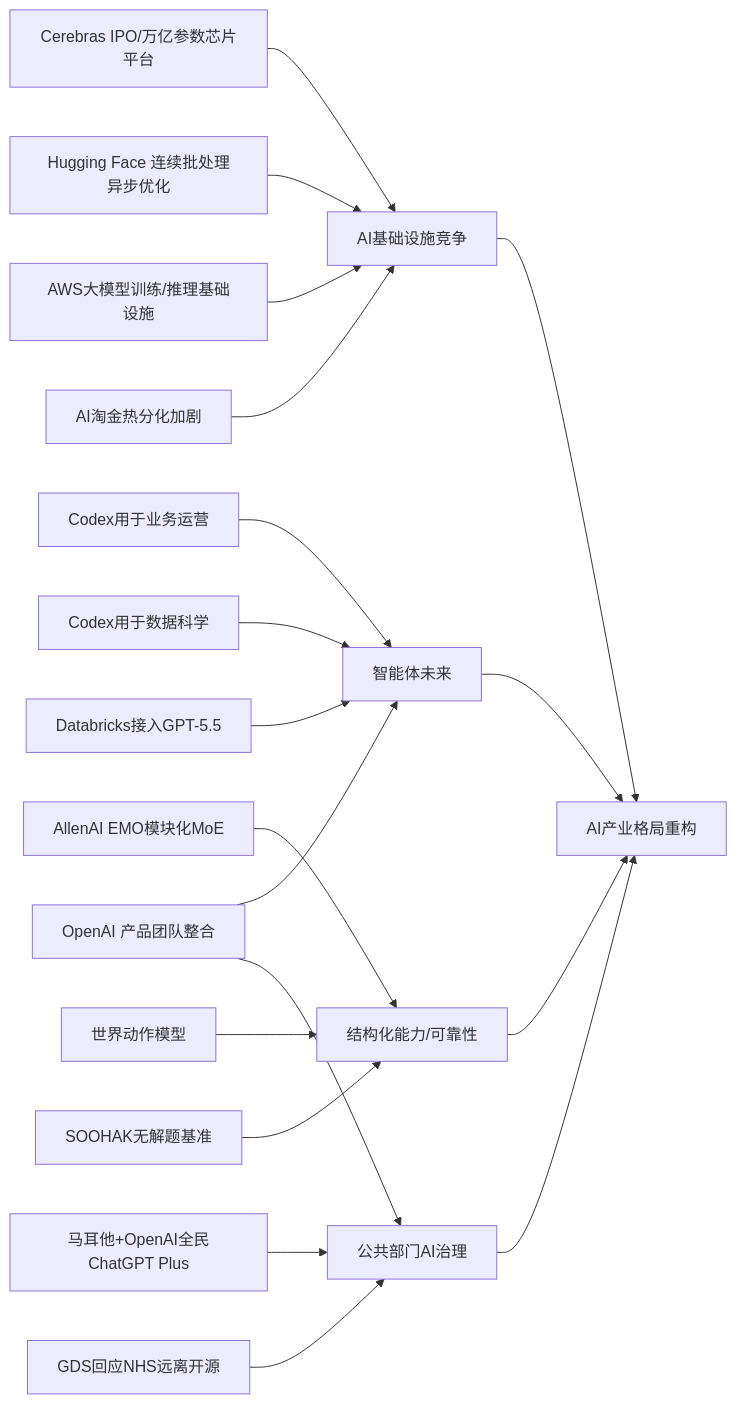
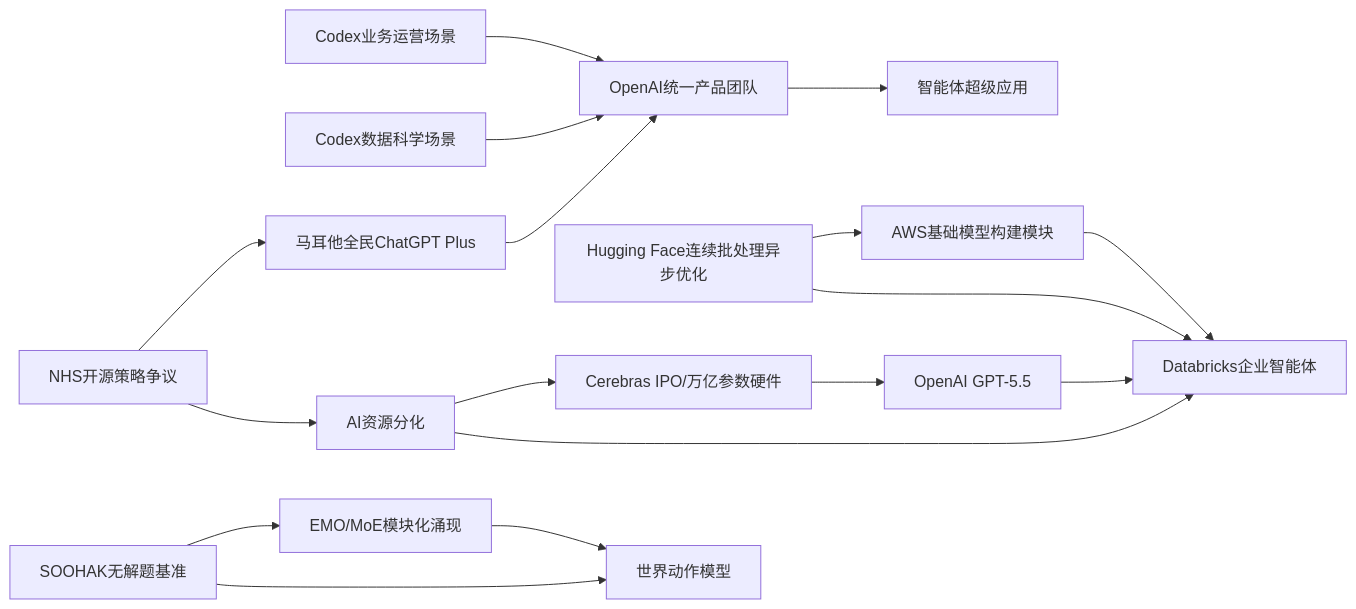
The diagram in content/cn/2026/2026-05/2026-05-17.md (zhuxinfei/ai-daily-site), drawn with Mermaid before and after one commit. The commit also changed other lines of this file, not shown here.

````diff
--- a/content/cn/2026/2026-05/2026-05-17.md
+++ b/content/cn/2026/2026-05/2026-05-17.md
@@ -111,25 +110,41 @@
 ```mermaid
 graph LR
-    Cerebras[Cerebras IPO/万亿参数芯片平台] --> Infra[AI基础设施竞争]
-    HFAsync[Hugging Face 连续批处理异步优化] --> Infra
-    AWSInfra[AWS大模型训练/推理基础设施] --> Infra
-    GoldRush[AI淘金热分化加剧] --> Infra
+    Cerebras[Cerebras IPO/万亿参数硬件]
+    OpenAI55[OpenAI GPT-5.5]
+    Databricks[Databricks企业智能体]
+    AWS[AWS基础模型构建模块]
+    HFAsync[Hugging Face连续批处理异步优化]
 
-    OpenAI[OpenAI 产品团队整合] --> AgentFuture[智能体未来]
-    CodexOps[Codex用于业务运营] --> AgentFuture
-    CodexDS[Codex用于数据科学] --> AgentFuture
-    Databricks[Databricks接入GPT-5.5] --> AgentFuture
+    CodexBiz[Codex业务运营场景]
+    CodexDS[Codex数据科学场景]
+    OpenAIProduct[OpenAI统一产品团队]
+    SuperApp[智能体超级应用]
 
-    EMO[AllenAI EMO模块化MoE] --> Reliability[结构化能力/可靠性]
-    WAM[世界动作模型] --> Reliability
-    SOOHAK[SOOHAK无解题基准] --> Reliability
+    EMO[EMO/MoE模块化涌现]
+    WAM[世界动作模型]
+    SOOHAK[SOOHAK无解题基准]
 
-    Malta[马耳他+OpenAI全民ChatGPT Plus] --> GovAI[公共部门AI治理]
-    GDS[GDS回应NHS远离开源] --> GovAI
-    OpenAI --> GovAI
+    Malta[马耳他全民ChatGPT Plus]
+    Divide[AI资源分化]
+    NHS[NHS开源策略争议]
 
-    Infra --> Industry[AI产业格局重构]
-    AgentFuture --> Industry
-    Reliability --> Industry
-    GovAI --> Industry
+    Cerebras --> OpenAI55
+    OpenAI55 --> Databricks
+    AWS --> Databricks
+    HFAsync --> AWS
+    HFAsync --> Databricks
+
+    CodexBiz --> OpenAIProduct
+    CodexDS --> OpenAIProduct
+    OpenAIProduct --> SuperApp
+
+    EMO --> WAM
+    SOOHAK --> EMO
+    SOOHAK --> WAM
+
+    Malta --> OpenAIProduct
+    Divide --> Cerebras
+    Divide --> Databricks
+    NHS --> Malta
+    NHS --> Divide
 ```
````
